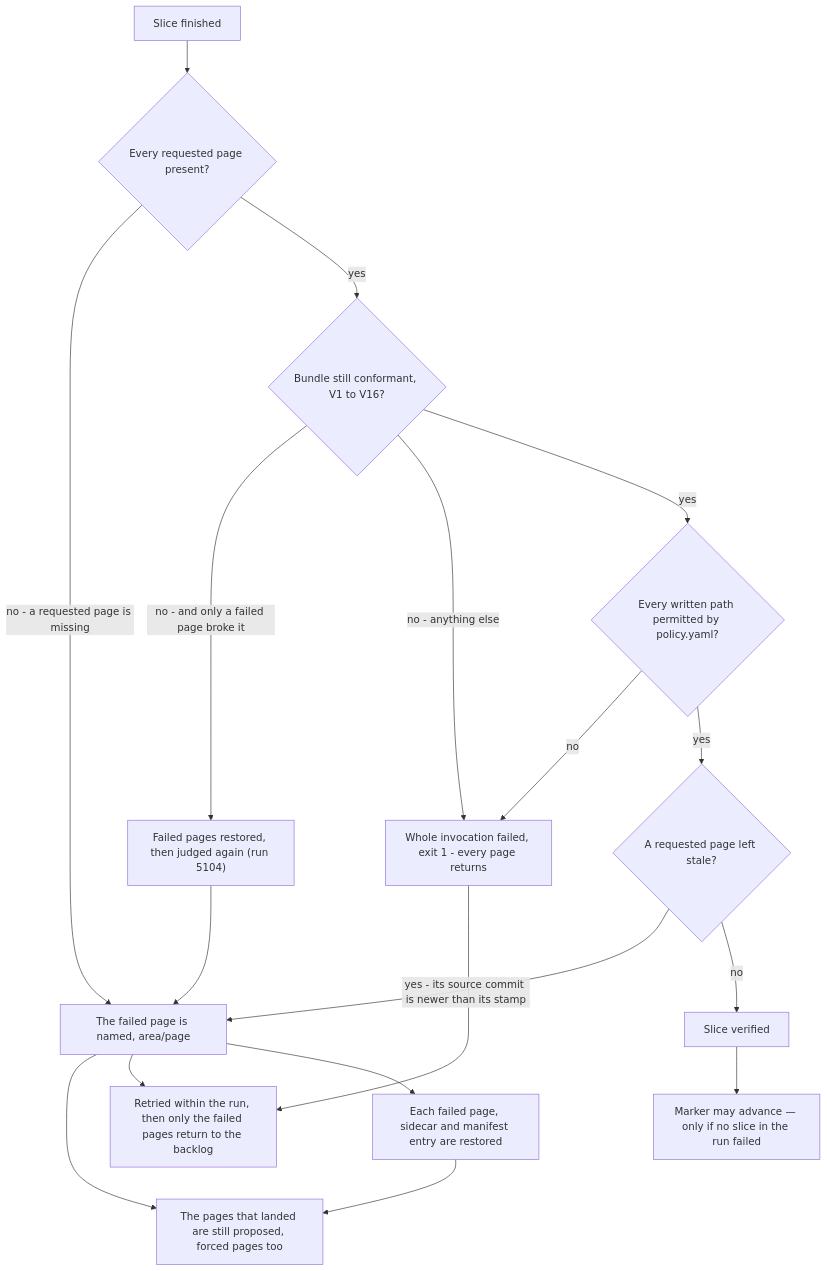
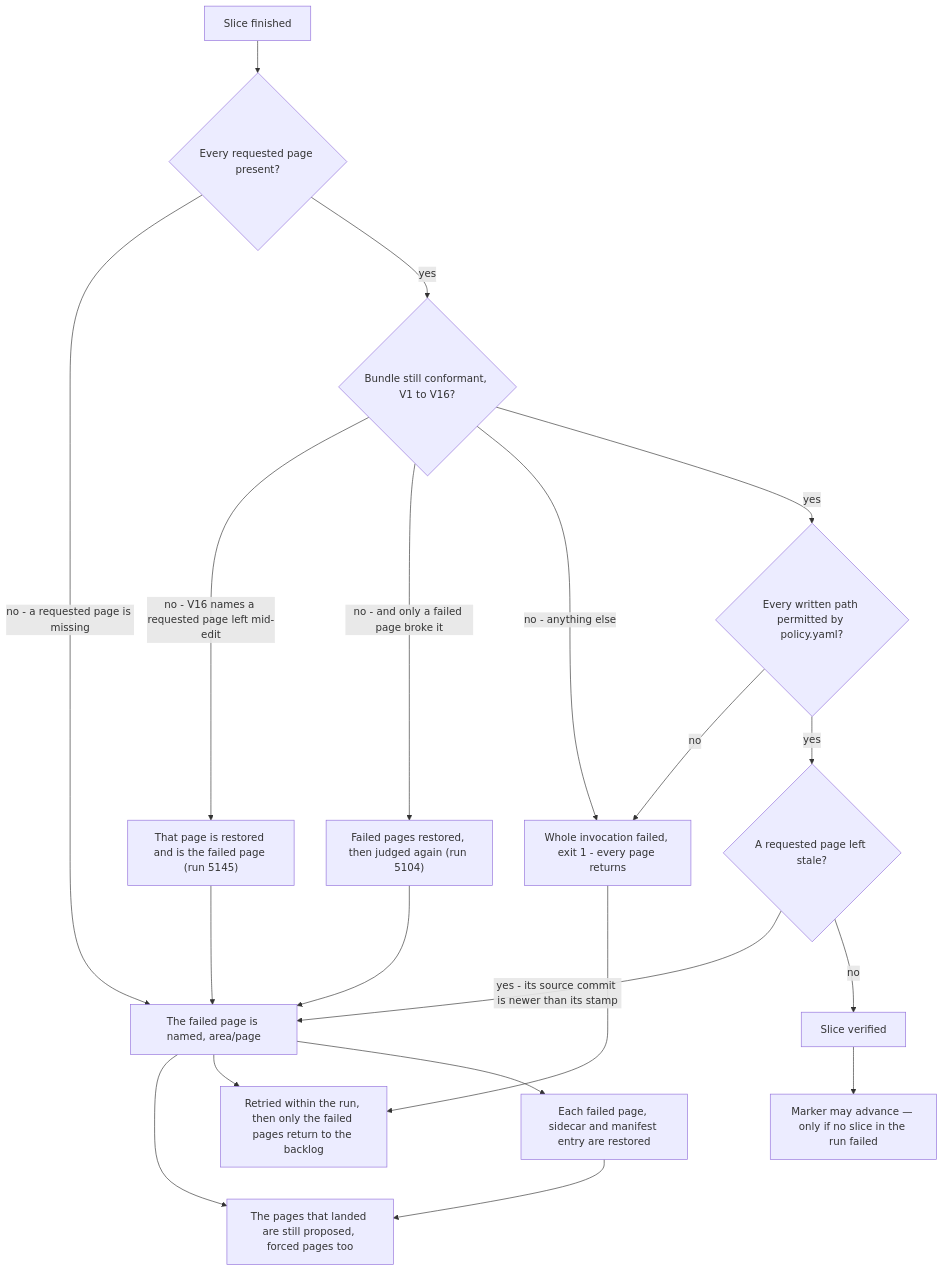
The second of 3 diagrams in openwiki/runbooks/wiki-maintenance.md (jumbleknot/MovieCollectionManager), drawn with Mermaid before and after one commit. The commit also changed other lines of this file and 16 other files, not shown here.

````diff
--- a/openwiki/runbooks/wiki-maintenance.md
+++ b/openwiki/runbooks/wiki-maintenance.md
@@ -301,20 +318,22 @@
 ```mermaid
 flowchart TD
     A["Slice finished"] --> B{"Every requested page present?"}
     B -->|"no - a requested page is missing"| P["The failed page is named, area/page"]
     B -->|yes| C{"Bundle still conformant, V1 to V16?"}
+    C -->|"no - V16 names a requested page left mid-edit"| Q["That page is restored and is the failed page (run 5145)"]
+    Q --> P
     C -->|"no - and only a failed page broke it"| N["Failed pages restored, then judged again (run 5104)"]
     N --> P
     C -->|"no - anything else"| F["Whole invocation failed, exit 1 - every page returns"]
     C -->|yes| D{"Every written path permitted by policy.yaml?"}
     D -->|no| F
     D -->|yes| E{"A requested page left stale?"}
     E -->|"yes - its source commit is newer than its stamp"| P
     E -->|no| G["Slice verified"]
     P --> K["The pages that landed are still proposed, forced pages too"]
     P --> H["Retried within the run, then only the failed pages return to the backlog"]
     P --> R["Each failed page, sidecar and manifest entry are restored"]
     R --> K
     F --> H
     G --> I["Marker may advance — only if no slice in the run failed"]
 ```
````
